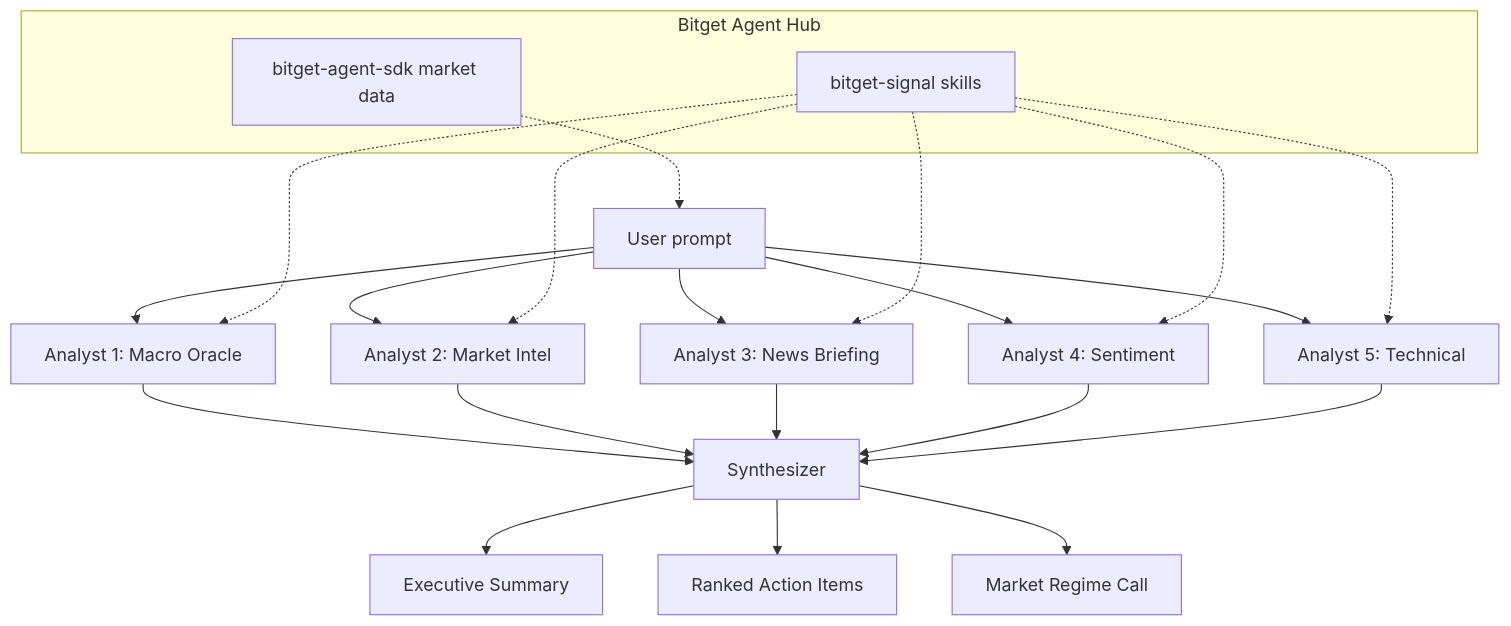
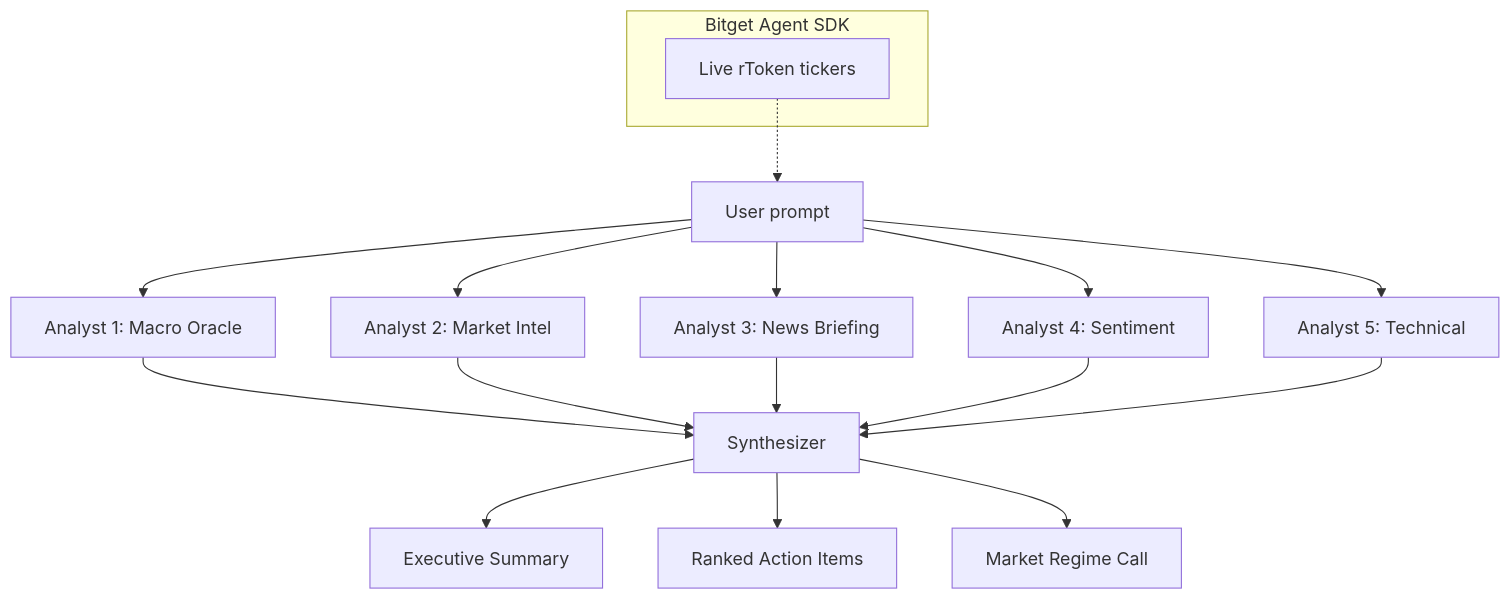
The diagram in README.md (DruxAMB/overnight-brief), drawn with Mermaid before and after one commit. The commit also changed other lines of this file, not shown here.

Commit message:
Fix README: remove unverified bitget-signal claim
The README claimed analysts use Bitget's bitget-signal MCP skills.
We actually use custom Qwen persona prompts inspired by those skill
categories. A judge checking the code would find no bitget-signal
imports. Fixed the architecture diagram, prose, and built-with table
to honestly describe what we do: 5 custom Qwen calls with distinct
persona system prompts.

Generated with [Devin](https://devin.ai)

````diff
--- a/README.md
+++ b/README.md
@@ -33,30 +33,24 @@
 ```mermaid
 graph TD
     A[User prompt] --> B[Analyst 1: Macro Oracle]
     A --> C[Analyst 2: Market Intel]
     A --> D[Analyst 3: News Briefing]
     A --> E[Analyst 4: Sentiment]
     A --> F[Analyst 5: Technical]
 
     B --> G[Synthesizer]
     C --> G
     D --> G
     E --> G
     F --> G
 
     G --> H[Executive Summary]
     G --> I[Ranked Action Items]
     G --> J[Market Regime Call]
 
-    subgraph "Bitget Agent Hub"
-        K[bitget-signal skills]
-        L[bitget-agent-sdk market data]
+    subgraph "Bitget Agent SDK"
+        K[Live rToken tickers]
     end
 
-    K -.-> B
-    K -.-> C
-    K -.-> D
-    K -.-> E
-    K -.-> F
-    L -.-> A
+    K -.-> A
 ```
````
